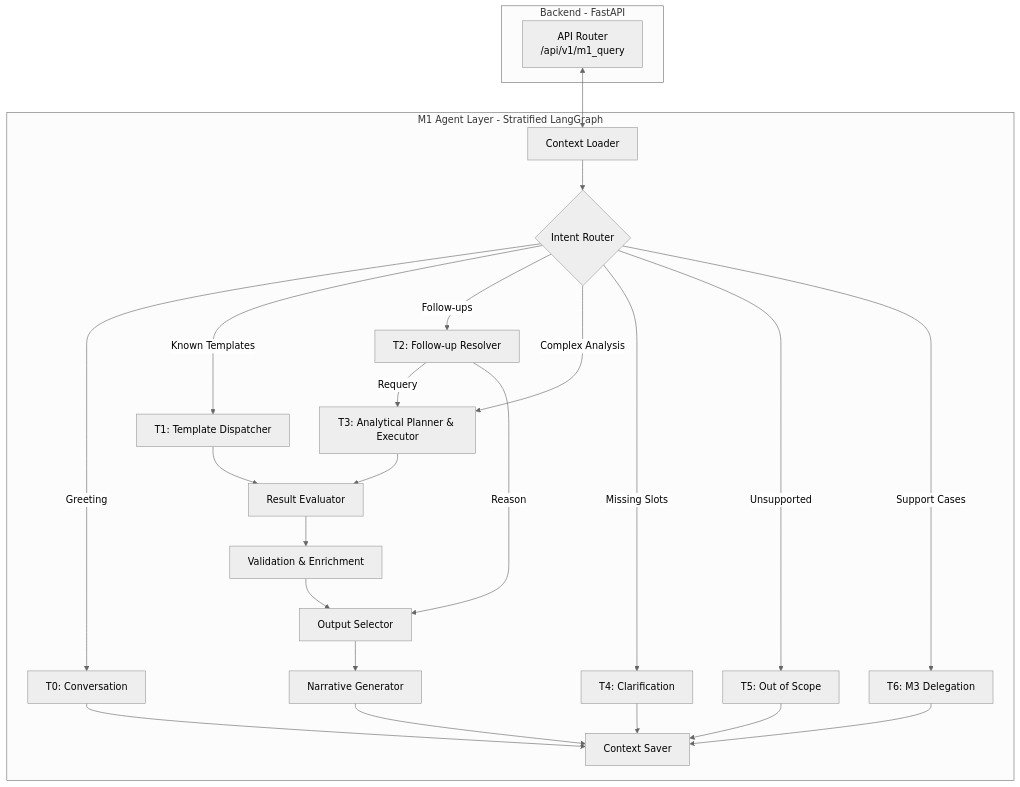
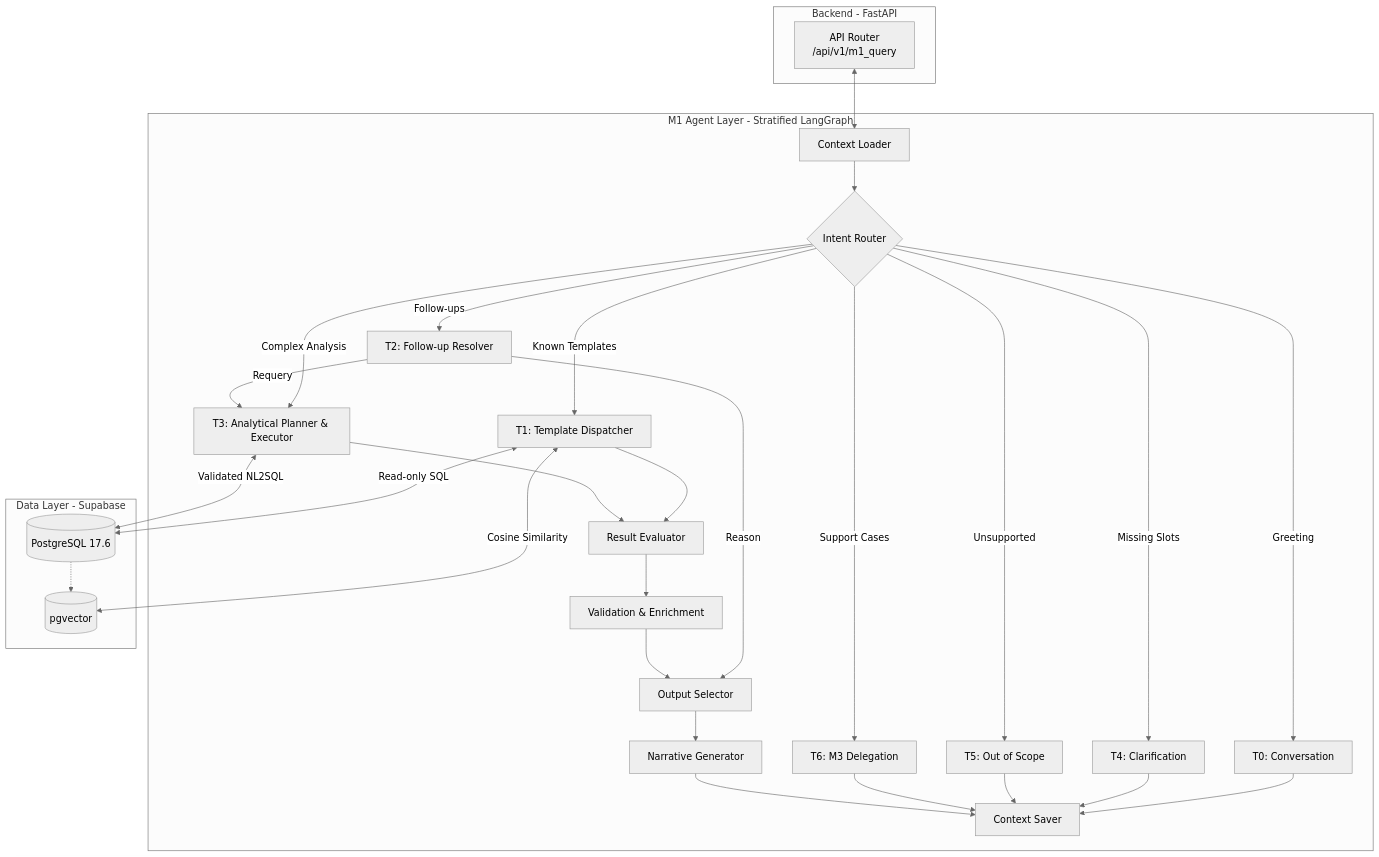
Before and after one commit to MostafaAyman3/Wakeel: the second of 2 diagrams in README.md, drawn with Mermaid (neutral theme).

Commit message:
docs: restore database layer in M1 micro architecture diagram

````diff
--- a/README.md
+++ b/README.md
@@ -132,54 +132,64 @@
 ```mermaid
 graph TD
     %% Backend Layer
     subgraph Backend [Backend - FastAPI]
         API[API Router<br>/api/v1/m1_query]
     end
 
     %% Agent Layer (LangGraph v2.0)
     subgraph Agents [M1 Agent Layer - Stratified LangGraph]
         ContextLoad[Context Loader]
         Router{Intent Router}
         
         T0[T0: Conversation]
         T1[T1: Template Dispatcher]
         T2[T2: Follow-up Resolver]
         T3[T3: Analytical Planner & Executor]
         T4[T4: Clarification]
         T5[T5: Out of Scope]
         T6[T6: M3 Delegation]
         
         Eval[Result Evaluator]
         Validate[Validation & Enrichment]
         OutSelect[Output Selector]
         Narrative[Narrative Generator]
         ContextSave[Context Saver]
 
         ContextLoad --> Router
         Router -->|Greeting| T0
         Router -->|Known Templates| T1
         Router -->|Follow-ups| T2
         Router -->|Complex Analysis| T3
         Router -->|Missing Slots| T4
         Router -->|Unsupported| T5
         Router -->|Support Cases| T6
 
         T1 --> Eval
         T2 -->|Requery| T3
         T2 -->|Reason| OutSelect
         T3 --> Eval
         
         Eval --> Validate
         Validate --> OutSelect
         OutSelect --> Narrative
         
         T0 --> ContextSave
         T4 --> ContextSave
         T5 --> ContextSave
         T6 --> ContextSave
         Narrative --> ContextSave
     end
 
+    %% Database Layer
+    subgraph Data [Data Layer - Supabase]
+        DB[(PostgreSQL 17.6)]
+        VectorDB[(pgvector)]
+        DB -.-> VectorDB
+    end
+
     %% Connections
     API <--> ContextLoad
+    T1 <-->|Read-only SQL| DB
+    T3 <-->|Validated NL2SQL| DB
+    T1 <-->|Cosine Similarity| VectorDB
 ```
````
